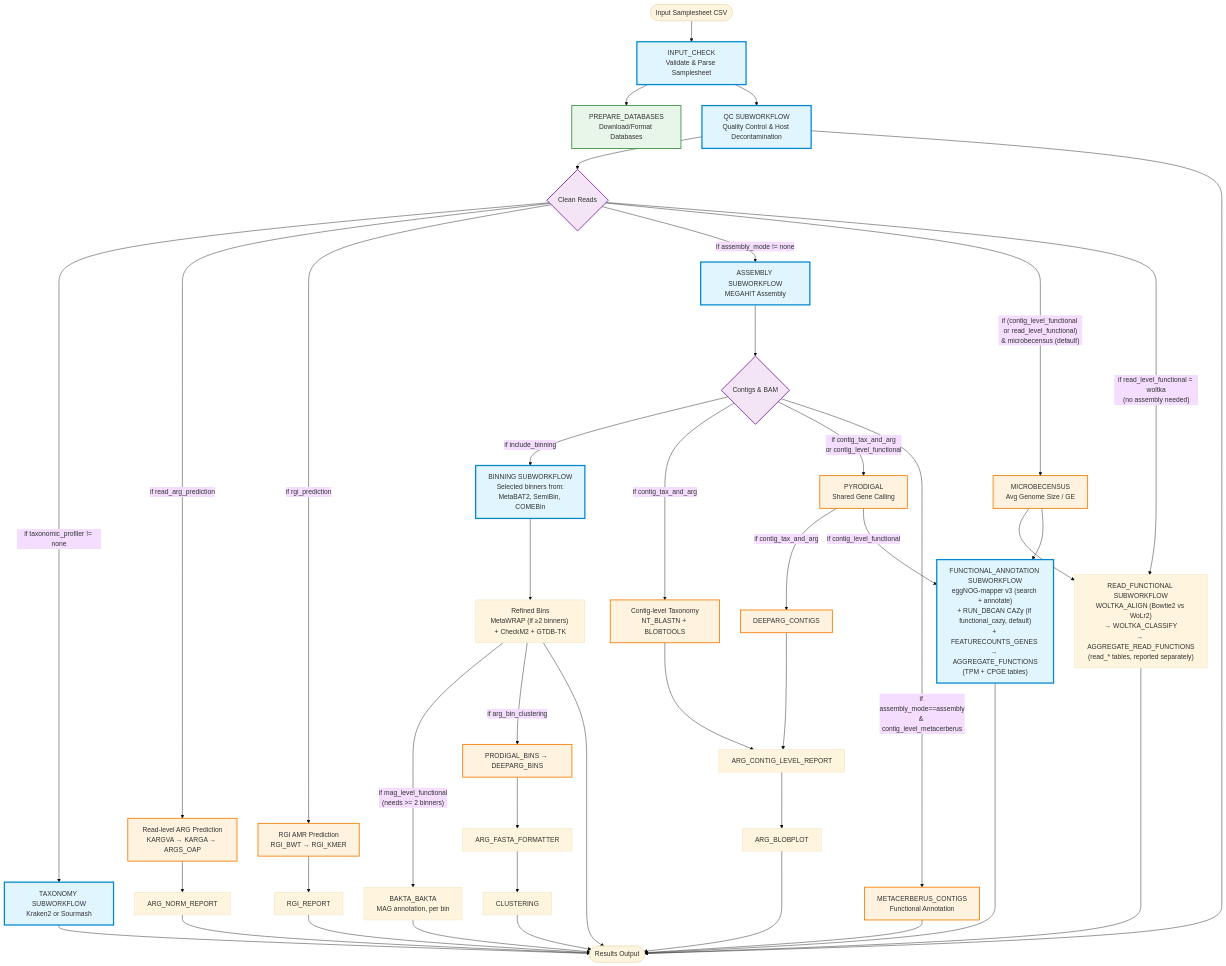
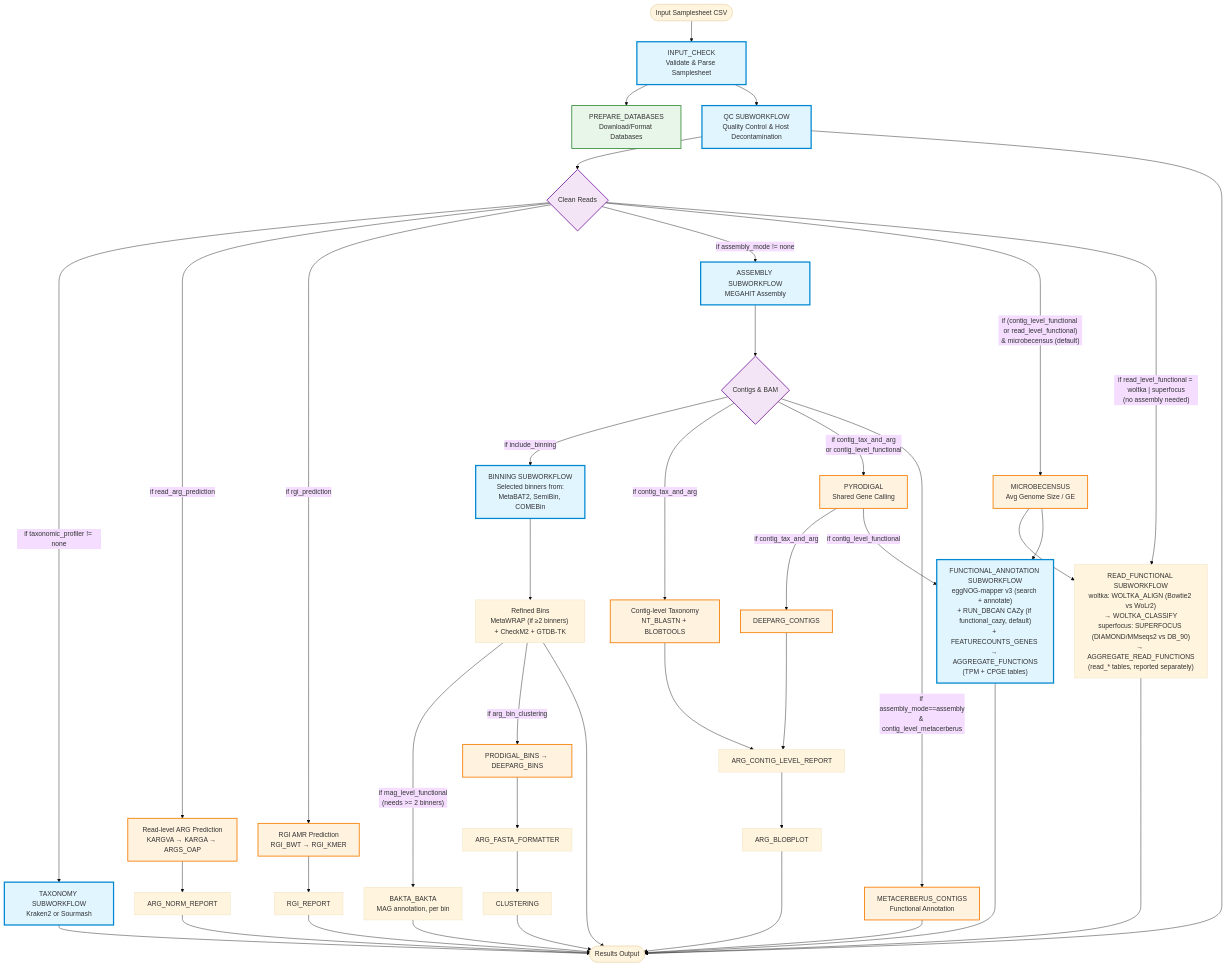
One commit to gene2dis/BugBuster changed the first of 8 diagrams in docs/WORKFLOW_DIAGRAM.md. Above: the diagram before and after it, drawn with Mermaid (base theme). The commit also changed other lines of this file and 52 other files, not shown here.

First line of the commit message:
feat(functional): add the SUPER-FOCUS read-level backend (T8b)

````diff
--- a/docs/WORKFLOW_DIAGRAM.md
+++ b/docs/WORKFLOW_DIAGRAM.md
@@ -10,78 +10,78 @@
 ```mermaid
 flowchart TD
     Start([Input Samplesheet CSV]) --> InputCheck[INPUT_CHECK<br/>Validate & Parse Samplesheet]
     
     InputCheck --> PrepDB[PREPARE_DATABASES<br/>Download/Format Databases]
     InputCheck --> QC
     
     %% Quality Control Branch
     QC[QC SUBWORKFLOW<br/>Quality Control & Host Decontamination] --> CleanReads{Clean Reads}
     
     %% Taxonomy Branch
     CleanReads -->|if taxonomic_profiler != none| Taxonomy[TAXONOMY SUBWORKFLOW<br/>Kraken2 or Sourmash]
     
     %% Read-level ARG Branch
     CleanReads -->|if read_arg_prediction| ReadARG[Read-level ARG Prediction<br/>KARGVA → KARGA → ARGS_OAP]
     ReadARG --> ARGNorm[ARG_NORM_REPORT]
 
     %% RGI Branch
     CleanReads -->|if rgi_prediction| RGI[RGI AMR Prediction<br/>RGI_BWT → RGI_KMER]
     RGI --> RGIReport[RGI_REPORT]
     
     %% Assembly Branch
     CleanReads -->|if assembly_mode != none| Assembly[ASSEMBLY SUBWORKFLOW<br/>MEGAHIT Assembly]
     
     Assembly --> Contigs{Contigs & BAM}
     
     %% Binning Branch
     Contigs -->|if include_binning| Binning[BINNING SUBWORKFLOW<br/>Selected binners from:<br/>MetaBAT2, SemiBin, COMEBin]
     Binning --> RefinedBins["Refined Bins<br/>MetaWRAP (if ≥2 binners) + CheckM2 + GTDB-TK"]
     
     %% Contig-level Analysis Branch
     Contigs -->|if contig_tax_and_arg| ContigTax[Contig-level Taxonomy<br/>NT_BLASTN + BLOBTOOLS]
     Contigs -->|"if contig_tax_and_arg<br/>or contig_level_functional"| Pyrodigal[PYRODIGAL<br/>Shared Gene Calling]
     Pyrodigal -->|if contig_tax_and_arg| ContigARG[DEEPARG_CONTIGS]
     ContigTax --> ARGContigReport
     ContigARG --> ARGContigReport[ARG_CONTIG_LEVEL_REPORT]
     ARGContigReport --> ARGBlobplot[ARG_BLOBPLOT]
 
     %% Functional Annotation Branch
     CleanReads -->|"if (contig_level_functional or read_level_functional)<br/>& microbecensus (default)"| MicrobeCensus[MICROBECENSUS<br/>Avg Genome Size / GE]
-    CleanReads -->|"if read_level_functional = woltka<br/>(no assembly needed)"| ReadFunctional["READ_FUNCTIONAL SUBWORKFLOW<br/>WOLTKA_ALIGN (Bowtie2 vs WoLr2)<br/>→ WOLTKA_CLASSIFY<br/>→ AGGREGATE_READ_FUNCTIONS<br/>(read_* tables, reported separately)"]
+    CleanReads -->|"if read_level_functional = woltka | superfocus<br/>(no assembly needed)"| ReadFunctional["READ_FUNCTIONAL SUBWORKFLOW<br/>woltka: WOLTKA_ALIGN (Bowtie2 vs WoLr2)<br/>→ WOLTKA_CLASSIFY<br/>superfocus: SUPERFOCUS (DIAMOND/MMseqs2 vs DB_90)<br/>→ AGGREGATE_READ_FUNCTIONS<br/>(read_* tables, reported separately)"]
     MicrobeCensus --> ReadFunctional
     Pyrodigal -->|if contig_level_functional| Functional["FUNCTIONAL_ANNOTATION SUBWORKFLOW<br/>eggNOG-mapper v3 (search + annotate)<br/>+ RUN_DBCAN CAZy (if functional_cazy, default)<br/>+ FEATURECOUNTS_GENES → AGGREGATE_FUNCTIONS<br/>(TPM + CPGE tables)"]
     MicrobeCensus --> Functional
     RefinedBins -->|"if mag_level_functional<br/>(needs >= 2 binners)"| Bakta[BAKTA_BAKTA<br/>MAG annotation, per bin]
 
     %% MetaCerberus Branch
     Contigs -->|if assembly_mode==assembly<br/>& contig_level_metacerberus| MetaCerberus[METACERBERUS_CONTIGS<br/>Functional Annotation]
     
     %% Bin ARG Clustering Branch
     RefinedBins -->|if arg_bin_clustering| BinARG[PRODIGAL_BINS → DEEPARG_BINS]
     BinARG --> ARGFormat[ARG_FASTA_FORMATTER]
     ARGFormat --> Clustering[CLUSTERING]
     
     %% End
     QC --> End([Results Output])
     Taxonomy --> End
     ARGNorm --> End
     RGIReport --> End
     ARGBlobplot --> End
     Clustering --> End
     MetaCerberus --> End
     Functional --> End
     ReadFunctional --> End
     Bakta --> End
     RefinedBins --> End
 
     %% Styling
     classDef subworkflow fill:#e1f5ff,stroke:#0288d1,stroke-width:3px
     classDef module fill:#fff3e0,stroke:#f57c00,stroke-width:2px
     classDef decision fill:#f3e5f5,stroke:#7b1fa2,stroke-width:2px
     classDef database fill:#e8f5e9,stroke:#388e3c,stroke-width:2px
     
     class InputCheck,QC,Taxonomy,Assembly,Binning,Functional subworkflow
     class ReadARG,RGI,ContigTax,ContigARG,BinARG,MetaCerberus,Pyrodigal,MicrobeCensus module
     class CleanReads,Contigs decision
     class PrepDB database
 ```
````
